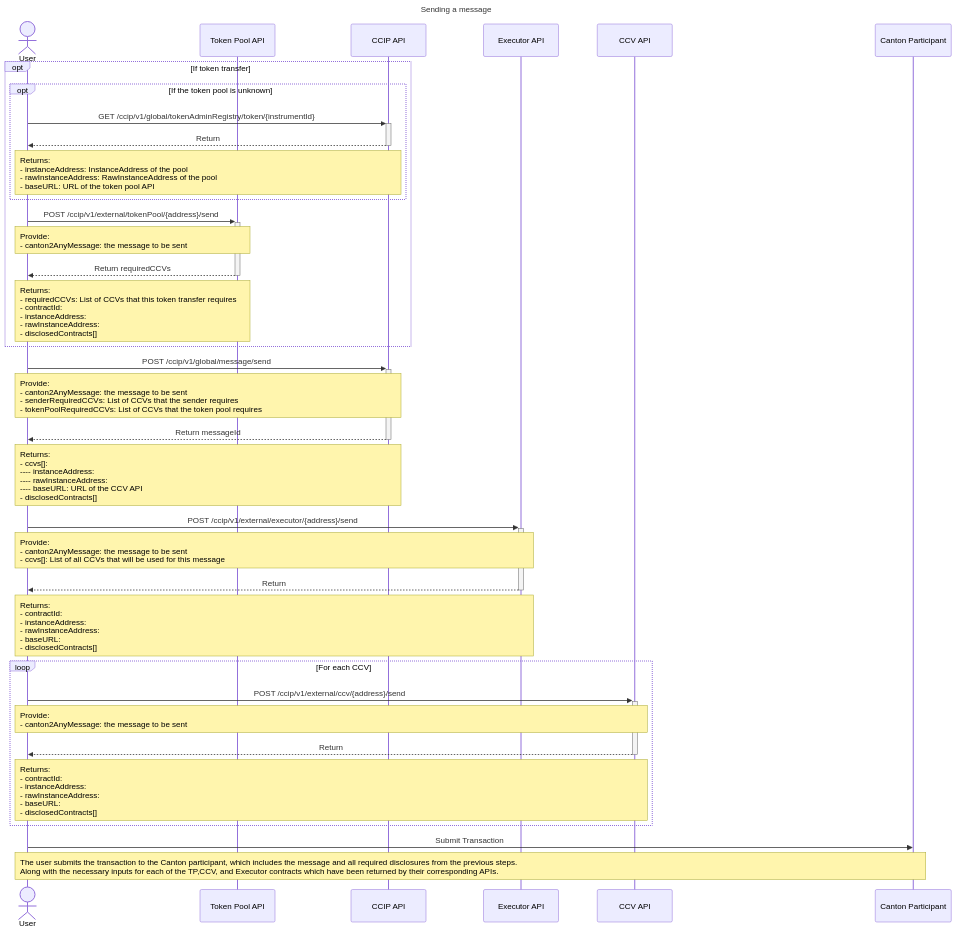
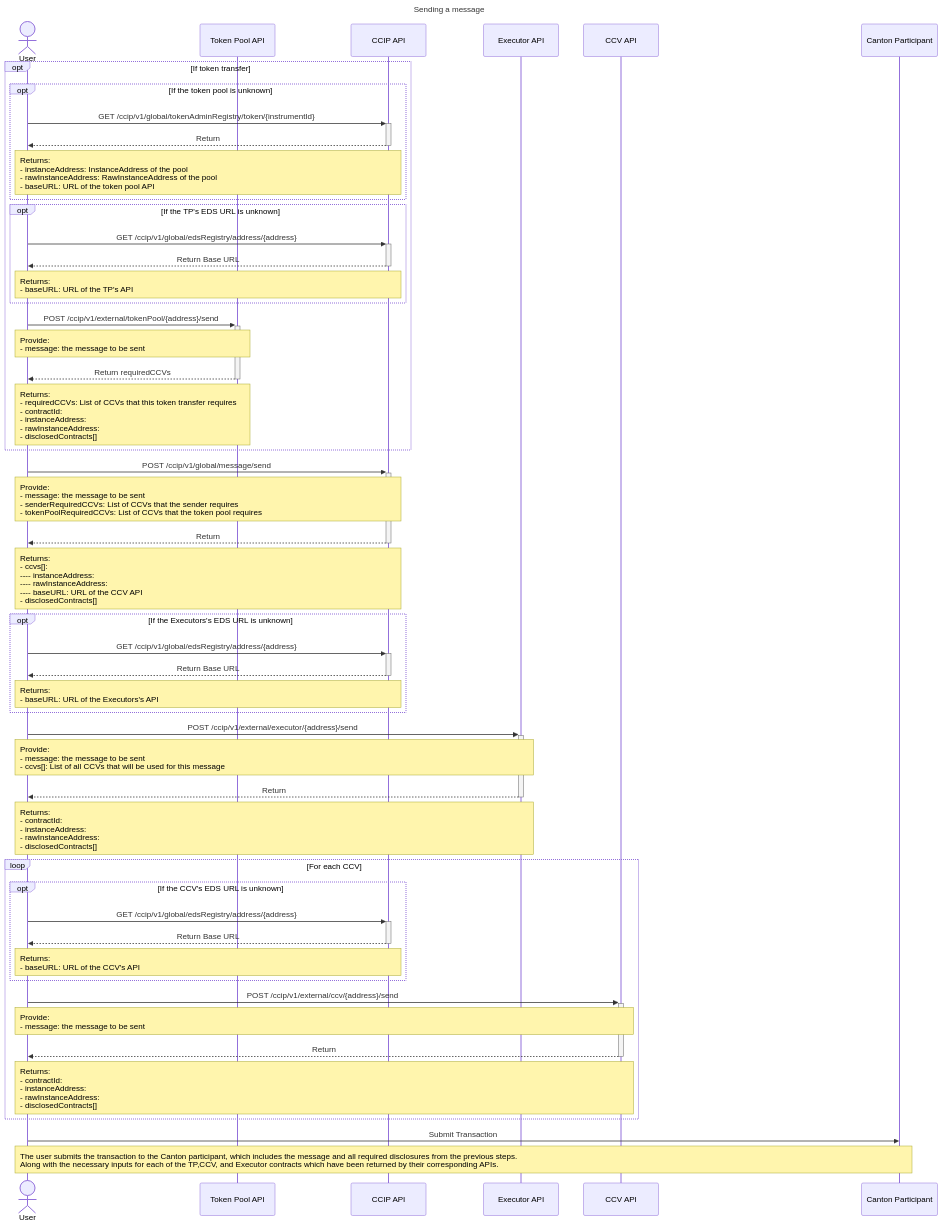
Before and after one commit to smartcontractkit/chainlink-canton: the first of 2 diagrams in openapi/src/eds/README.md, drawn with Mermaid. The commit also changed other lines of this file and 10 other files, not shown here.

````diff
--- a/openapi/src/eds/README.md
+++ b/openapi/src/eds/README.md
@@ -151,50 +159,71 @@
 ```mermaid
 ---
 title: Sending a message
 config:
     sequence:
         messageAlign: center
         noteAlign: left
         noteMargin: 10
     
 ---
+
 sequenceDiagram
     actor User
     participant TP as Token Pool API
     participant CCIP as CCIP API
     participant Executor as Executor API
     participant CCV as CCV API
     participant Canton as Canton Participant
 
     opt If token transfer
         opt If the token pool is unknown
             User ->>+ CCIP: GET /ccip/v1/global/tokenAdminRegistry/token/{instrumentId}
             CCIP -->>- User: Return
             note over User, CCIP: Returns: <br/> - instanceAddress: InstanceAddress of the pool <br/> - rawInstanceAddress: RawInstanceAddress of the pool <br/> - baseURL: URL of the token pool API
         end
 
+        opt If the TP's EDS URL is unknown
+            User ->>+ CCIP: GET /ccip/v1/global/edsRegistry/address/{address}
+            CCIP -->>- User: Return Base URL
+            note over User, CCIP: Returns: <br/> - baseURL: URL of the TP's API
+        end
+
         User ->>+ TP: POST /ccip/v1/external/tokenPool/{address}/send
-        note over User, TP: Provide: <br/> - canton2AnyMessage: the message to be sent
+        note over User, TP: Provide: <br/> - message: the message to be sent
         TP -->>- User: Return requiredCCVs
         note over User, TP: Returns: <br/> - requiredCCVs: List of CCVs that this token transfer requires <br/> - contractId: <br/> - instanceAddress: <br/> - rawInstanceAddress: <br/> - disclosedContracts[]
     end
 
     User ->>+ CCIP: POST /ccip/v1/global/message/send
-    note over User, CCIP: Provide: <br/> - canton2AnyMessage: the message to be sent <br/> - senderRequiredCCVs: List of CCVs that the sender requires <br/> - tokenPoolRequiredCCVs: List of CCVs that the token pool requires
-    CCIP -->>- User: Return messageId
+    note over User, CCIP: Provide: <br/> - message: the message to be sent <br/> - senderRequiredCCVs: List of CCVs that the sender requires <br/> - tokenPoolRequiredCCVs: List of CCVs that the token pool requires
+    CCIP -->>- User: Return
     note over User, CCIP: Returns: <br/> - ccvs[]: <br/> ---- instanceAddress: <br/> ---- rawInstanceAddress: <br/> ---- baseURL: URL of the CCV API <br/> - disclosedContracts[]
+
+    opt If the Executors's EDS URL is unknown
+        User ->>+ CCIP: GET /ccip/v1/global/edsRegistry/address/{address}
+        CCIP -->>- User: Return Base URL
+        note over User, CCIP: Returns: <br/> - baseURL: URL of the Executors's API
+    end
+
     User ->>+ Executor: POST /ccip/v1/external/executor/{address}/send
-    note over User, Executor: Provide: <br/> - canton2AnyMessage: the message to be sent <br/> - ccvs[]: List of all CCVs that will be used for this message
+    note over User, Executor: Provide: <br/> - message: the message to be sent <br/> - ccvs[]: List of all CCVs that will be used for this message
     Executor -->>- User: Return
-    note over User, Executor: Returns: <br/> - contractId: <br/> - instanceAddress: <br/> - rawInstanceAddress: <br/> - baseURL: <br/> - disclosedContracts[]
+    note over User, Executor: Returns: <br/> - contractId: <br/> - instanceAddress: <br/> - rawInstanceAddress: <br/> - disclosedContracts[]
 
     loop For each CCV
+        opt If the CCV's EDS URL is unknown
+            User ->>+ CCIP: GET /ccip/v1/global/edsRegistry/address/{address}
+            CCIP -->>- User: Return Base URL
+            note over User, CCIP: Returns: <br/> - baseURL: URL of the CCV's API
+        end
+
         User ->>+ CCV: POST /ccip/v1/external/ccv/{address}/send
-        note over User, CCV: Provide: <br/> - canton2AnyMessage: the message to be sent
+        note over User, CCV: Provide: <br/> - message: the message to be sent
         CCV -->>- User: Return
-        note over User, CCV: Returns: <br/> - contractId: <br/> - instanceAddress: <br/> - rawInstanceAddress: <br/> - baseURL: <br/> - disclosedContracts[]
+        note over User, CCV: Returns: <br/> - contractId: <br/> - instanceAddress: <br/> - rawInstanceAddress: <br/> - disclosedContracts[]
     end
 
     User ->> Canton: Submit Transaction
     note over User, Canton: The user submits the transaction to the Canton participant, which includes the message and all required disclosures from the previous steps. <br/> Along with the necessary inputs for each of the TP,CCV, and Executor contracts which have been returned by their corresponding APIs.
+
 ```
````
